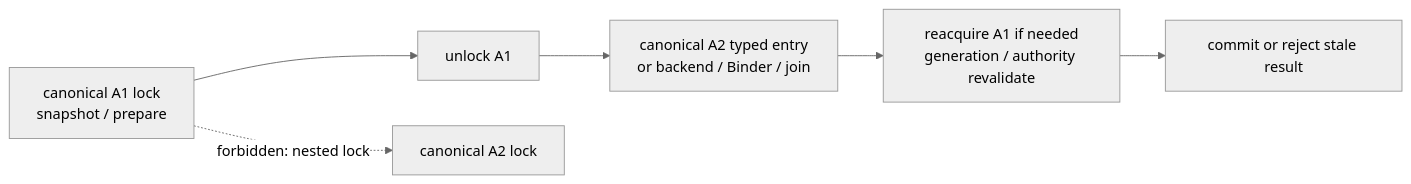
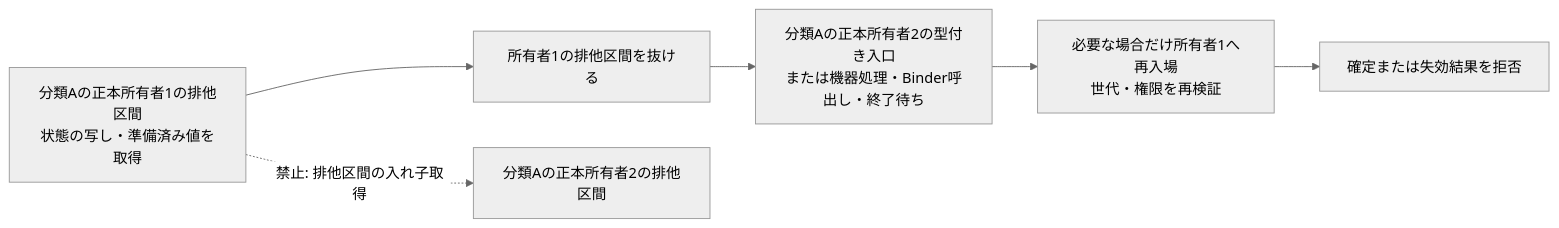
Before and after one commit to kazuki0824/tv: the second of 2 diagrams in tuner_hal2/DESIGN_JA.md, drawn with Mermaid (neutral theme). The commit also changed other lines of this file, not shown here.

````diff
--- a/tuner_hal2/DESIGN_JA.md
+++ b/tuner_hal2/DESIGN_JA.md
@@ -160,9 +160,9 @@
 ```mermaid
 flowchart LR
-    A1[canonical A1 lock\nsnapshot / prepare] --> U1[unlock A1]
-    U1 --> X[canonical A2 typed entry\nor backend / Binder / join]
-    X --> A1R[reacquire A1 if needed\ngeneration / authority revalidate]
-    A1R --> C[commit or reject stale result]
+    A1[分類Aの正本所有者1の排他区間\n状態の写し・準備済み値を取得] --> U1[所有者1の排他区間を抜ける]
+    U1 --> X[分類Aの正本所有者2の型付き入口\nまたは機器処理・Binder呼出し・終了待ち]
+    X --> A1R[必要な場合だけ所有者1へ再入場\n世代・権限を再検証]
+    A1R --> C[確定または失効結果を拒否]
 
-    A1 -. forbidden: nested lock .-> A2[canonical A2 lock]
+    A1 -. 禁止: 排他区間の入れ子取得 .-> A2[分類Aの正本所有者2の排他区間]
 ```
````
